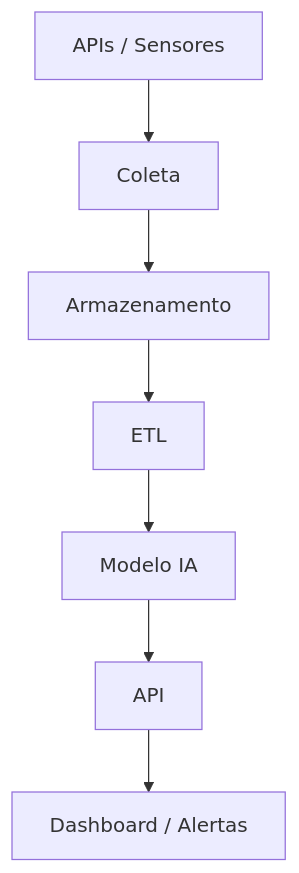
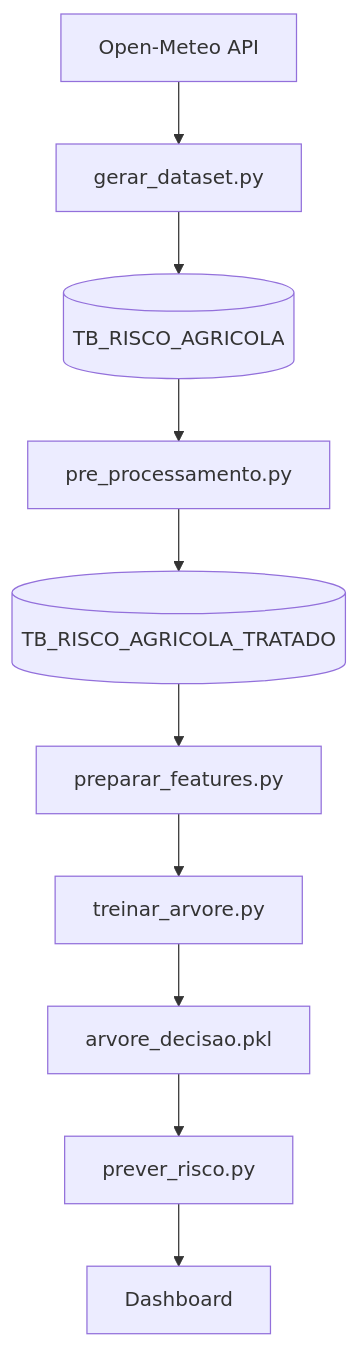
Before and after one commit to renansouz/maia-intelligence-NEXT: the diagram in README.md, drawn with Mermaid. The commit also changed other lines of this file and 11 other files, not shown here.

````diff
--- a/README.md
+++ b/README.md
@@ -170,10 +232,21 @@
 ```mermaid
 flowchart TD
-A[APIs / Sensores] --> B[Coleta]
-B --> C[Armazenamento]
-C --> D[ETL]
-D --> E[Modelo IA]
-E --> F[API]
-F --> G[Dashboard / Alertas]
 
+A[Open-Meteo API] --> B[gerar_dataset.py]
+
+B --> C[(TB_RISCO_AGRICOLA)]
+
+C --> D[pre_processamento.py]
+
+D --> E[(TB_RISCO_AGRICOLA_TRATADO)]
+
+E --> F[preparar_features.py]
+
+F --> G[treinar_arvore.py]
+
+G --> H[arvore_decisao.pkl]
+
+H --> I[prever_risco.py]
+
+I --> J[Dashboard]
 ```
````
